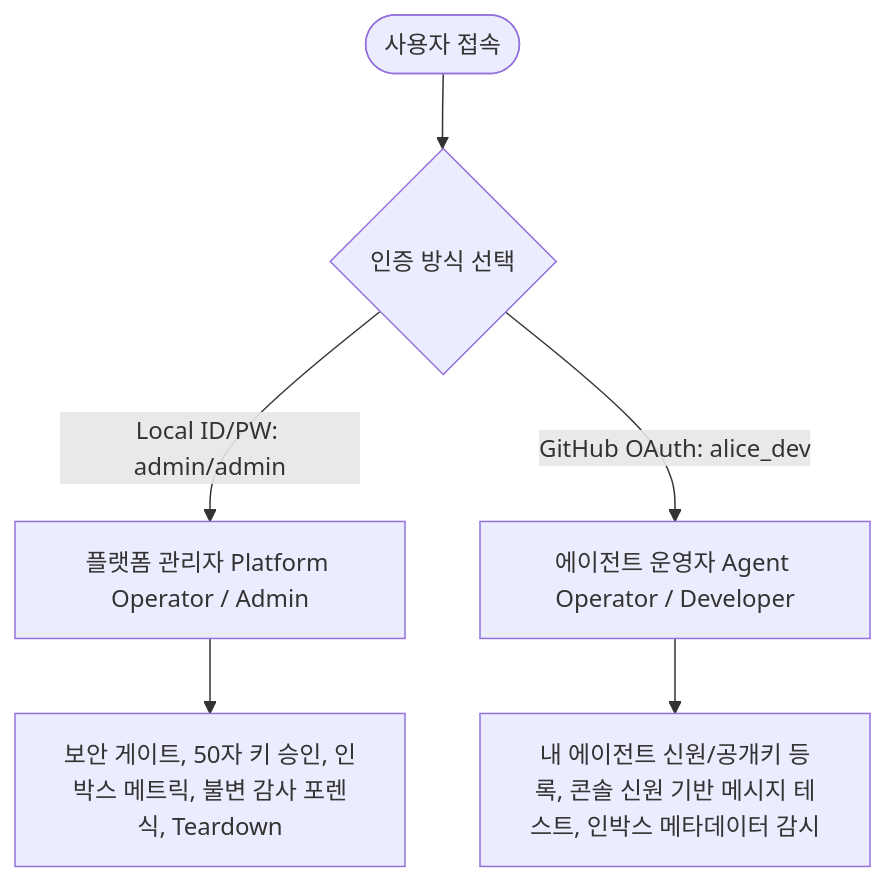
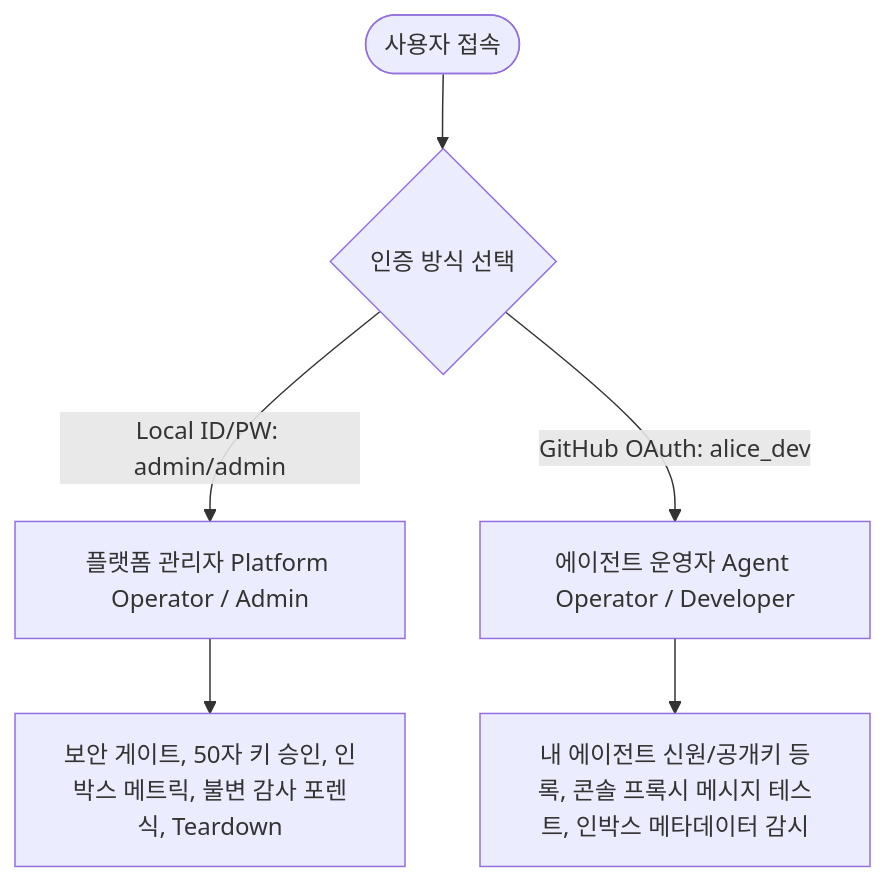
The first of 6 diagrams in docs/operator-functional-spec.md (sir-mirr/agent-mesh-platform), drawn with Mermaid before and after one commit. The commit also changed other lines of this file, not shown here.

````diff
--- a/docs/operator-functional-spec.md
+++ b/docs/operator-functional-spec.md
@@ -13,9 +13,9 @@
 ```mermaid
 graph TD
     User([사용자 접속]) --> Login{인증 방식 선택}
     Login -->|Local ID/PW: admin/admin| AdmRole[플랫폼 관리자 Platform Operator / Admin]
     Login -->|GitHub OAuth: alice_dev| OprRole[에이전트 운영자 Agent Operator / Developer]
 
     AdmRole --> AdmScope[보안 게이트, 50자 키 승인, 인박스 메트릭, 불변 감사 포렌식, Teardown]
-    OprRole --> OprScope[내 에이전트 신원/공개키 등록, 콘솔 신원 기반 메시지 테스트, 인박스 메타데이터 감시]
+    OprRole --> OprScope[내 에이전트 신원/공개키 등록, 콘솔 프록시 메시지 테스트, 인박스 메타데이터 감시]
 ```
````
